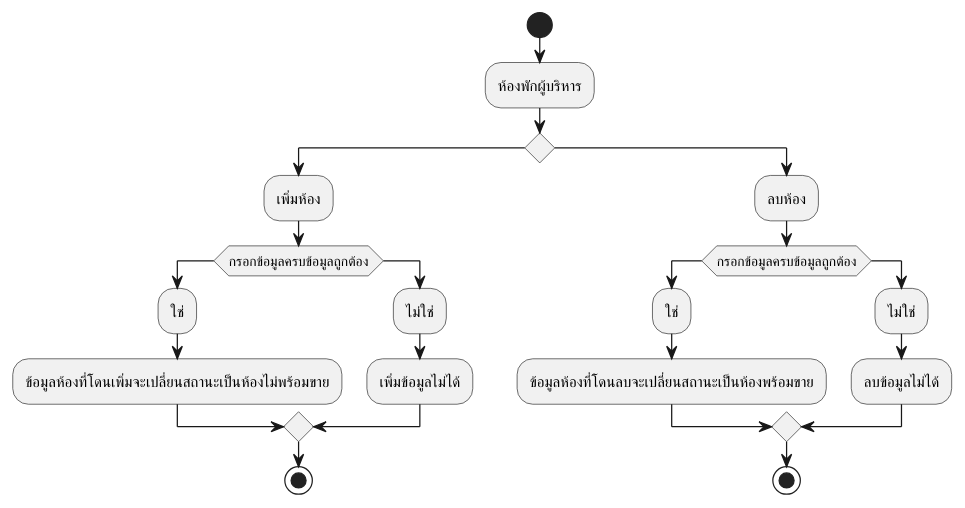
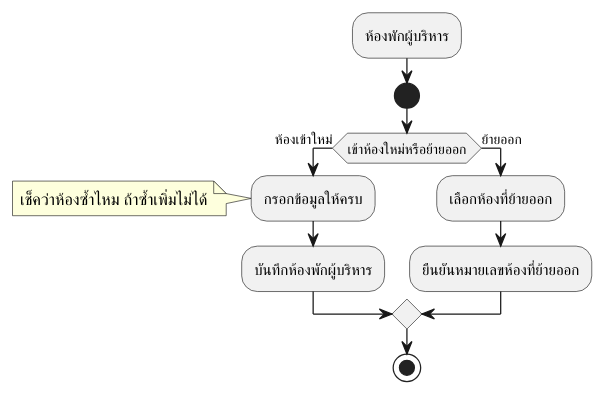
One commit to cheat13/Prompiman_Diagram changed the diagram in activity-diagram/room/executive.md. Above: the diagram before and after it, drawn with PlantUML. The commit also changed 6 other files, not shown here.

```diff
--- a/activity-diagram/room/executive.md
+++ b/activity-diagram/room/executive.md
@@ -1,24 +1,15 @@
 @startuml
+:ห้องพักผู้บริหาร;
 start
-:ห้องพักผู้บริหาร;
-if () then
-:เพิ่มห้อง;
-if (กรอกข้อมูลครบข้อมูลถูกต้อง) then
-:ใช่;
-:ข้อมูลห้องที่โดนเพิ่มจะเปลี่ยนสถานะเป็นห้องไม่พร้อมขาย;
-else ()
-:ไม่ใช่;
-:เพิ่มข้อมูลไม่ได้;
-endif
-stop
-else ()
-:ลบห้อง;
-if (กรอกข้อมูลครบข้อมูลถูกต้อง) then
-:ใช่;
-:ข้อมูลห้องที่โดนลบจะเปลี่ยนสถานะเป็นห้องพร้อมขาย;
-else ()
-:ไม่ใช่;
-:ลบข้อมูลไม่ได้;
+if(เข้าห้องใหม่หรือย้ายออก) then (ห้องเข้าใหม่)
+:กรอกข้อมูลให้ครบ;
+note left
+เช็คว่าห้องซ้ำไหม ถ้าซ้ำเพิ่มไม่ได้
+end note
+:บันทึกห้องพักผู้บริหาร;
+else(ย้ายออก)
+:เลือกห้องที่ย้ายออก;
+:ยืนยันหมายเลขห้องที่ย้ายออก;
 endif
 stop
 @enduml
```
